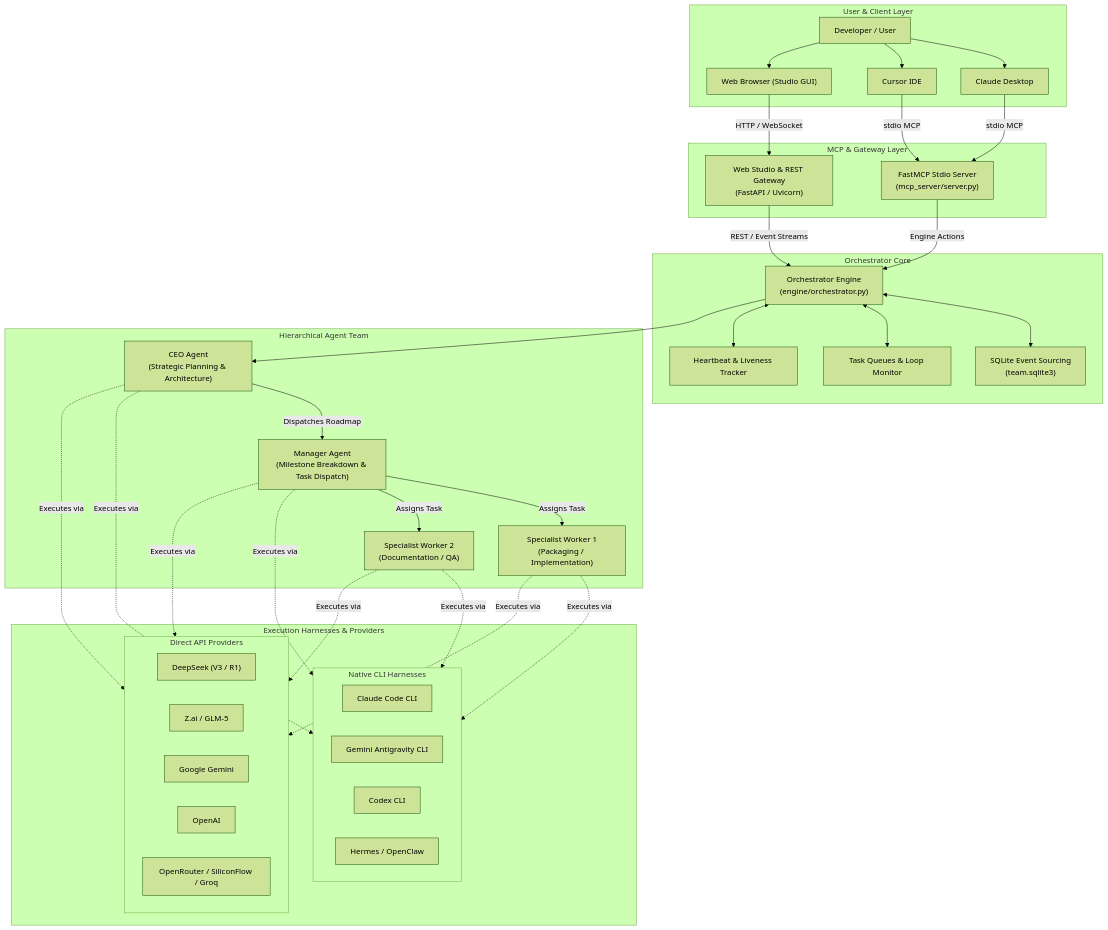
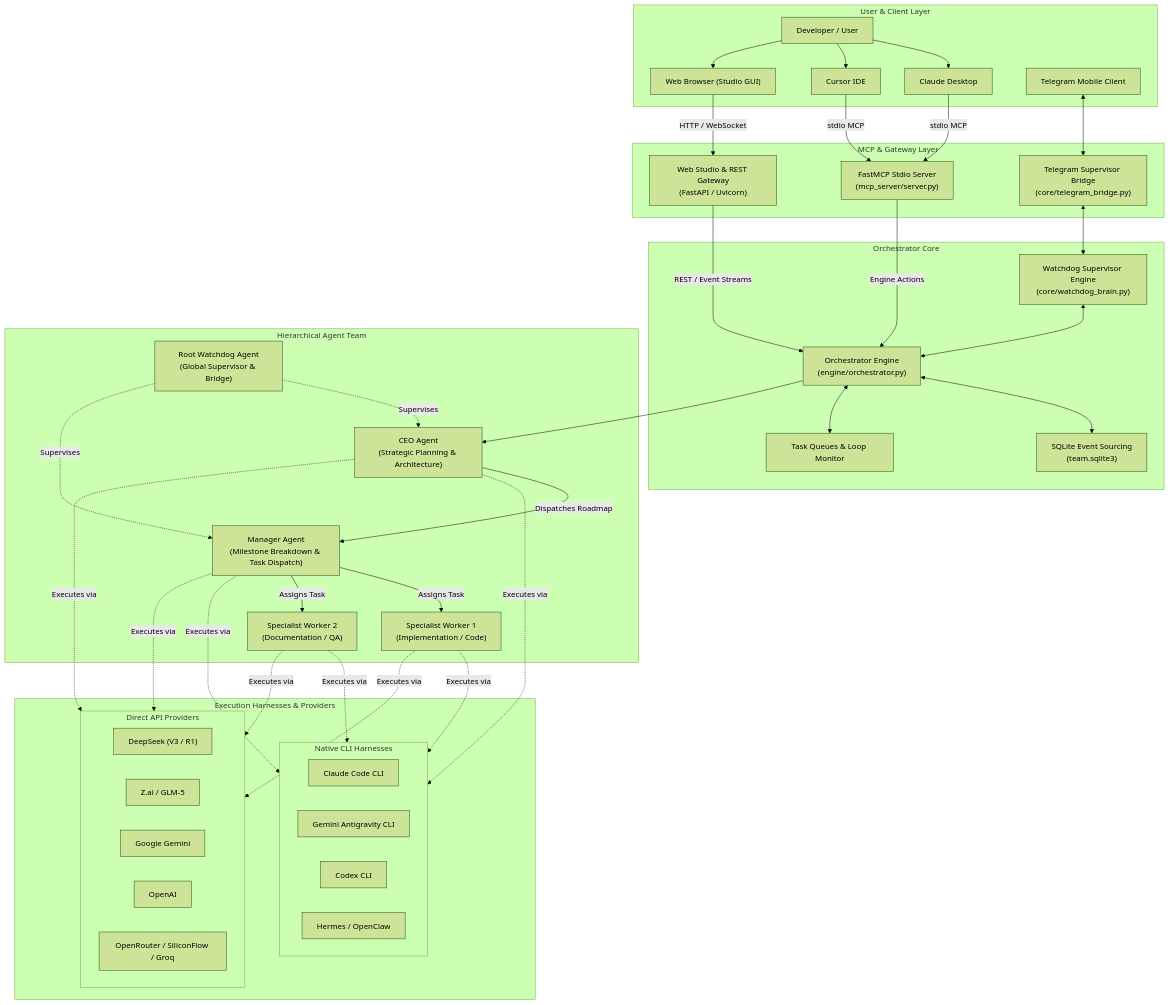
Before and after one commit to menma4ever/agentic-team-mcp: the diagram in README.md, drawn with Mermaid (forest theme). The commit also changed other lines of this file and 43 other files, not shown here.

Commit message:
feat(release): v0.2.0 — Web Studio canvas preview, Telegram bridge, multimodal foundation, and test suites

````diff
--- a/README.md
+++ b/README.md
@@ -23,73 +48,80 @@
 ```mermaid
 flowchart TD
     subgraph ClientLayer["User & Client Layer"]
         User["Developer / User"]
         ClaudeDesktop["Claude Desktop"]
         CursorIDE["Cursor IDE"]
         WebBrowser["Web Browser (Studio GUI)"]
+        TelegramUser["Telegram Mobile Client"]
     end
 
     subgraph GatewayLayer["MCP & Gateway Layer"]
         MCPServer["FastMCP Stdio Server<br/>(mcp_server/server.py)"]
         WebStudio["Web Studio & REST Gateway<br/>(FastAPI / Uvicorn)"]
+        TelegramBridge["Telegram Supervisor Bridge<br/>(core/telegram_bridge.py)"]
     end
 
     subgraph CoreLayer["Orchestrator Core"]
         Engine["Orchestrator Engine<br/>(engine/orchestrator.py)"]
         SQLiteStore["SQLite Event Sourcing<br/>(team.sqlite3)"]
         Queues["Task Queues & Loop Monitor"]
-        Heartbeat["Heartbeat & Liveness Tracker"]
+        WatchdogBrain["Watchdog Supervisor Engine<br/>(core/watchdog_brain.py)"]
     end
 
     subgraph TeamHierarchy["Hierarchical Agent Team"]
+        Watchdog["Root Watchdog Agent<br/>(Global Supervisor & Bridge)"]
         CEO["CEO Agent<br/>(Strategic Planning & Architecture)"]
         Manager["Manager Agent<br/>(Milestone Breakdown & Task Dispatch)"]
-        Worker1["Specialist Worker 1<br/>(Packaging / Implementation)"]
+        Worker1["Specialist Worker 1<br/>(Implementation / Code)"]
         Worker2["Specialist Worker 2<br/>(Documentation / QA)"]
     end
 
     subgraph ExecutionLayer["Execution Harnesses & Providers"]
         subgraph CLIAdapters["Native CLI Harnesses"]
             ClaudeCode["Claude Code CLI"]
             AntigravityCLI["Gemini Antigravity CLI"]
             CodexCLI["Codex CLI"]
             HermesCLI["Hermes / OpenClaw"]
         end
         subgraph DirectAPI["Direct API Providers"]
             DeepSeekAPI["DeepSeek (V3 / R1)"]
             ZaiAPI["Z.ai / GLM-5"]
             GeminiAPI["Google Gemini"]
             OpenAIAPI["OpenAI"]
             OpenRouterAPI["OpenRouter / SiliconFlow / Groq"]
         end
     end
 
     User --> ClaudeDesktop
     User --> CursorIDE
     User --> WebBrowser
+    TelegramUser <--> TelegramBridge
 
     ClaudeDesktop -->|"stdio MCP"| MCPServer
     CursorIDE -->|"stdio MCP"| MCPServer
     WebBrowser -->|"HTTP / WebSocket"| WebStudio
+    TelegramBridge <--> WatchdogBrain
 
     MCPServer -->|"Engine Actions"| Engine
     WebStudio -->|"REST / Event Streams"| Engine
+    WatchdogBrain <--> Engine
 
     Engine <--> SQLiteStore
     Engine <--> Queues
-    Engine <--> Heartbeat
 
+    Watchdog -.->|"Supervises"| CEO
+    Watchdog -.->|"Supervises"| Manager
     Engine --> CEO
     CEO -->|"Dispatches Roadmap"| Manager
     Manager -->|"Assigns Task"| Worker1
     Manager -->|"Assigns Task"| Worker2
 
     CEO -.->|"Executes via"| CLIAdapters
     CEO -.->|"Executes via"| DirectAPI
     Manager -.->|"Executes via"| CLIAdapters
     Manager -.->|"Executes via"| DirectAPI
     Worker1 -.->|"Executes via"| CLIAdapters
     Worker1 -.->|"Executes via"| DirectAPI
     Worker2 -.->|"Executes via"| CLIAdapters
     Worker2 -.->|"Executes via"| DirectAPI
 ```
````
